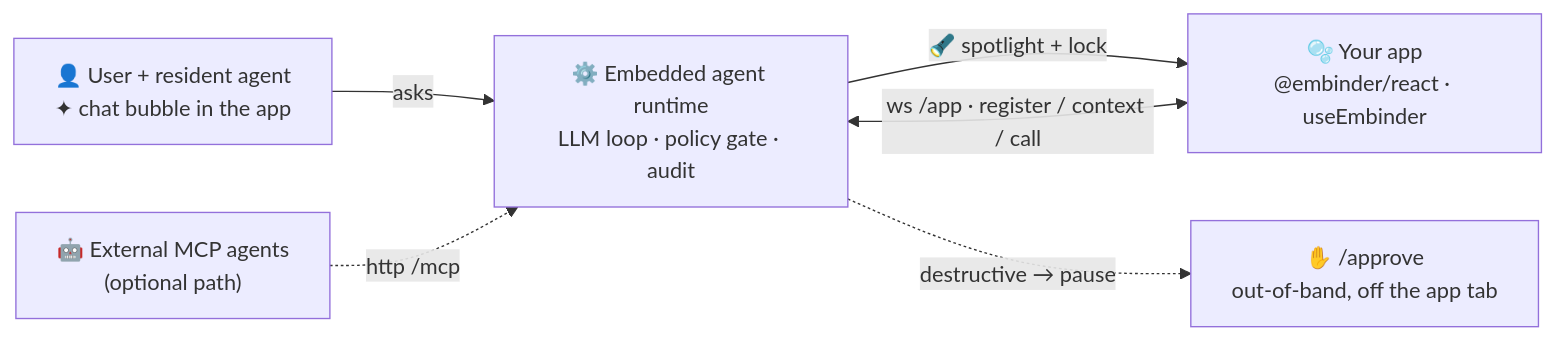
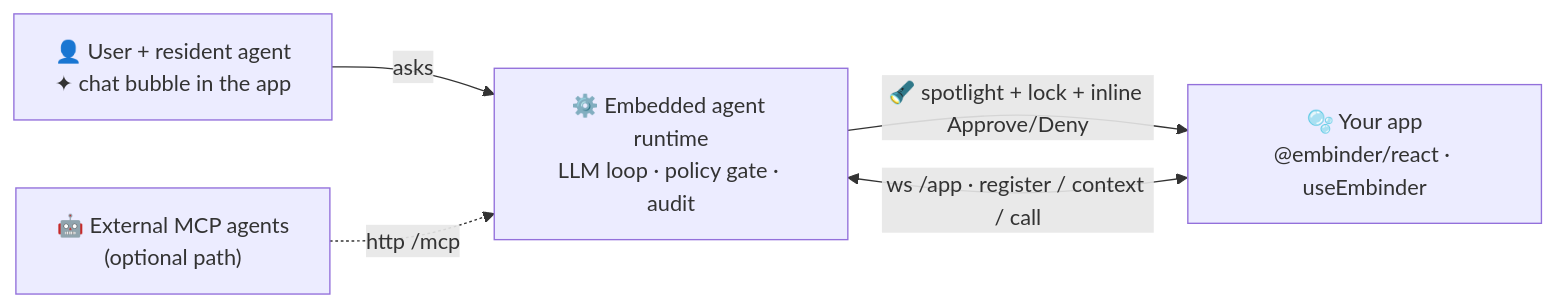
Before and after one commit to celesnity/Embinder: the first of 2 diagrams in README.md, drawn with Mermaid. The commit also changed other lines of this file and 13 other files, not shown here.

First line of the commit message:
feat: on-screen-only approvals — remove out-of-tab /approve page

````diff
--- a/README.md
+++ b/README.md
@@ -101,14 +101,12 @@
 ```mermaid
 flowchart LR
     user["👤 User + resident agent<br/>✦ chat bubble in the app"]
     app["🫧 Your app<br/>@embinder/react · useEmbinder"]
     relay["⚙️ Embedded agent runtime<br/>LLM loop · policy gate · audit"]
-    approve["✋ /approve<br/>out-of-band, off the app tab"]
     mcp["🤖 External MCP agents<br/>(optional path)"]
 
     user -->|"asks"| relay
     app <-->|"ws /app · register / context / call"| relay
-    relay -->|"🔦 spotlight + lock"| app
-    relay -.->|"destructive → pause"| approve
+    relay -->|"🔦 spotlight + lock + inline Approve/Deny"| app
     mcp -.->|"http /mcp"| relay
 ```
````
